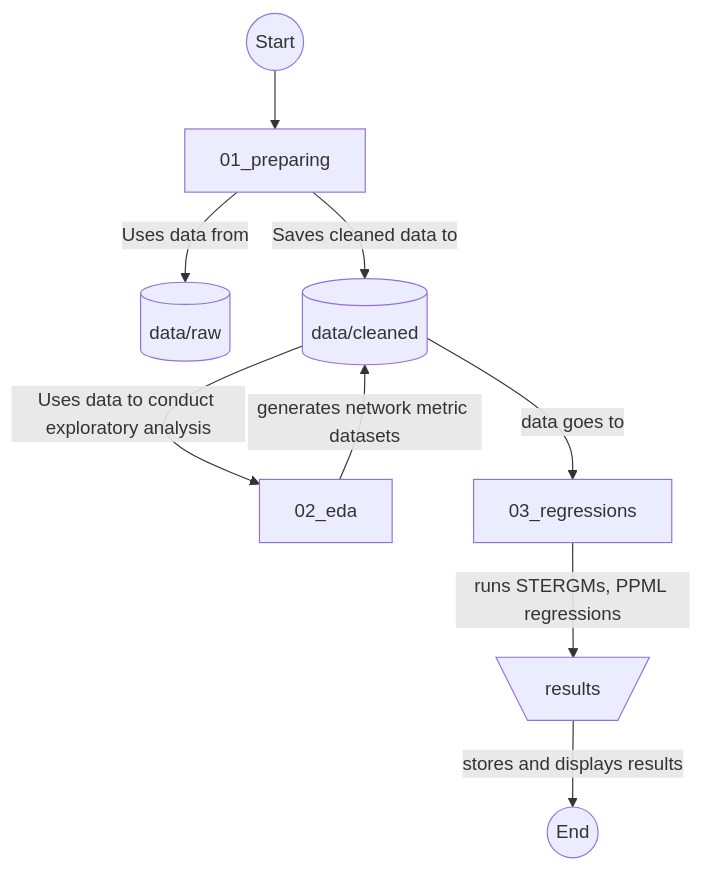
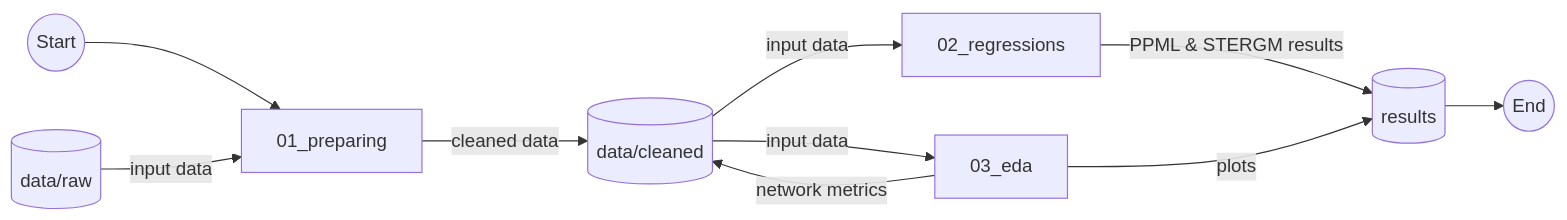
One commit to TAD600/Global_Cultural_Trade_Network changed the diagram in README.md. Above: the diagram before and after it, drawn with Mermaid.

Commit message:
final
Updated flowchart for project structure and clarified caveats regarding STERGM execution time.

````diff
--- a/README.md
+++ b/README.md
@@ -3,11 +3,24 @@
 ```mermaid
-flowchart TD
-    A((Start)) --> B[01_preparing]
-    B -->|Uses data from| C[(data/raw)]
-    B -->|Saves cleaned data to| D[(data/cleaned)]
-    D --> |Uses data to conduct exploratory analysis|E[02_eda]
-    E -->|generates network metric datasets| D
-    D --> |data goes to|F[03_regressions]
-    F -->|runs STERGMs, PPML regressions|H[\results/]
-    H -->|stores and displays results|I((End))
+flowchart LR
+    A((Start))
+    B[01_preparing]
+    R[02_regressions]
+    E[03_eda]
+    C[(data/raw)]
+    D[(data/cleaned)]
+    H[(results)]
+    I((End))
+
+    A --> B
+
+    C -->|input data| B
+    B -->|cleaned data| D
+
+    D -->|input data| R
+    R -->|PPML & STERGM results| H
+
+    D -->|input data| E
+    E -->|network metrics| D
+    E -->|plots| H
+    H --> I
 ```
````
